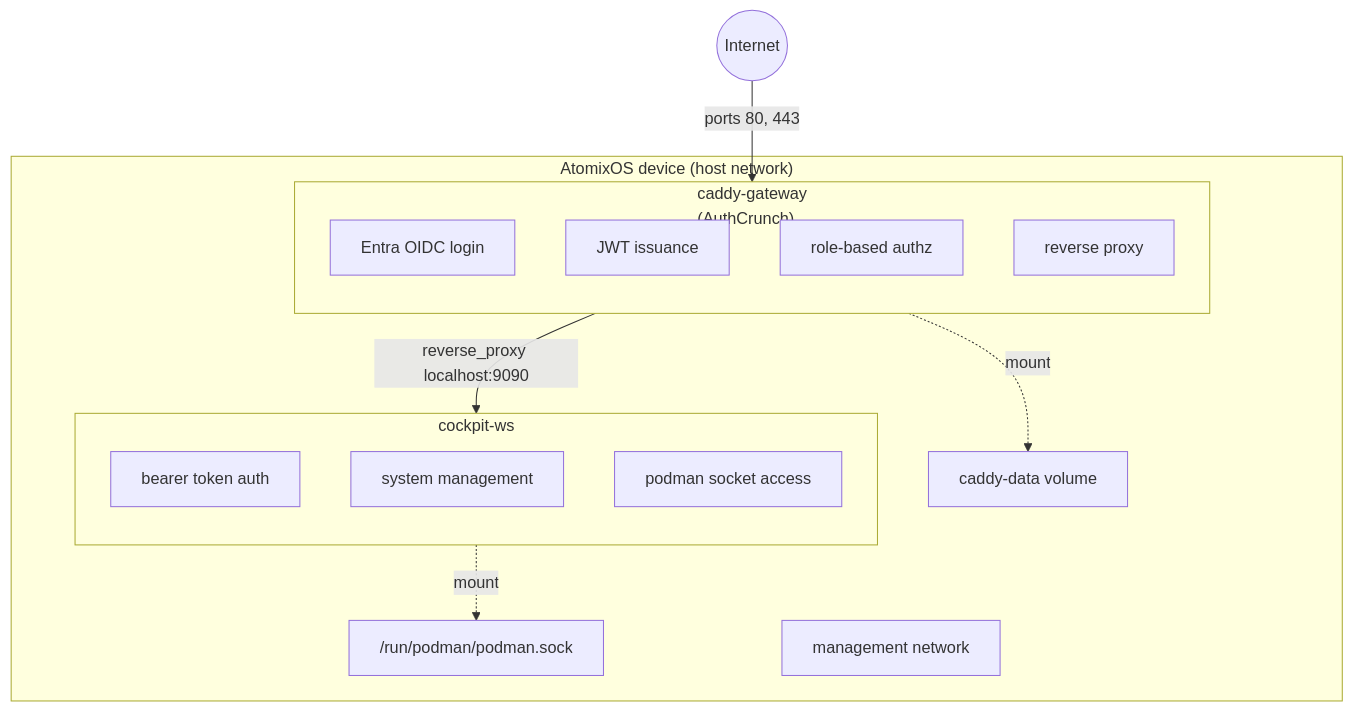
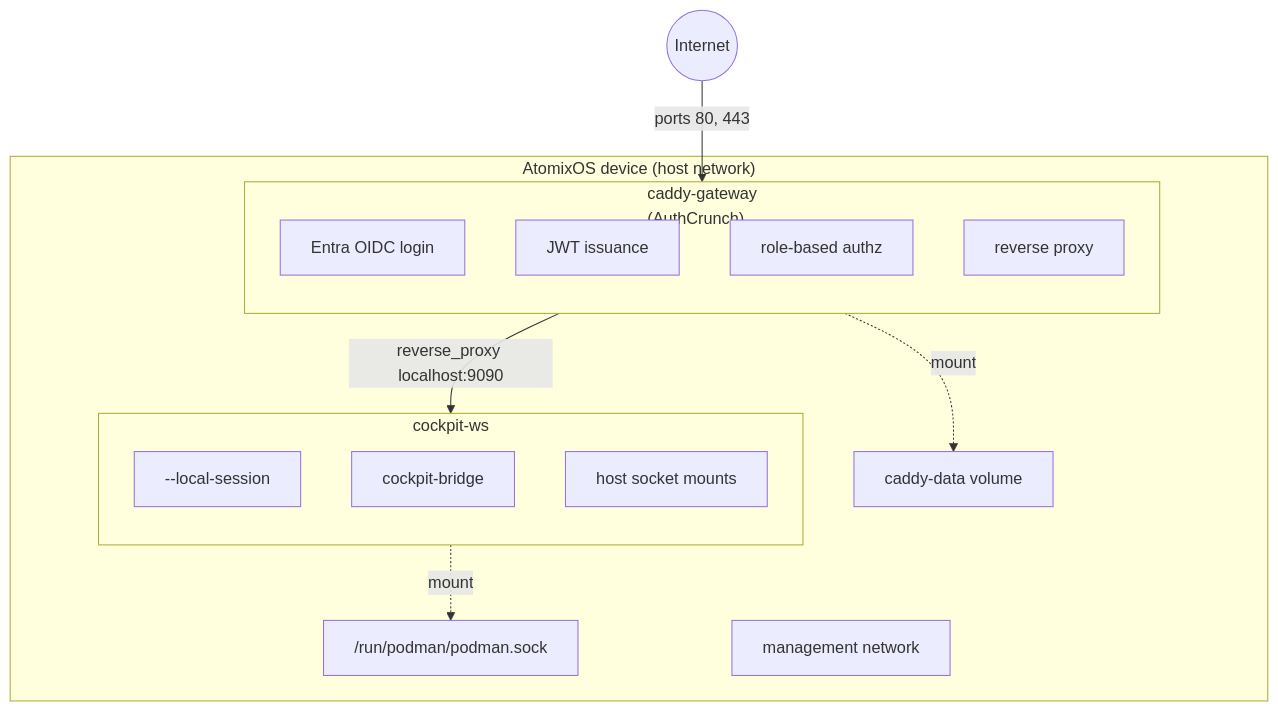
Before and after one commit to RobertDeRose/atomixos: the diagram in docs/src/features/caddy-authcrunch-cockpit-tutorial/design.md, drawn with Mermaid. The commit also changed other lines of this file and 10 other files, not shown here.

````diff
--- a/docs/src/features/caddy-authcrunch-cockpit-tutorial/design.md
+++ b/docs/src/features/caddy-authcrunch-cockpit-tutorial/design.md
@@ -21,29 +21,29 @@
 ```mermaid
 graph TD
     subgraph device["AtomixOS device (host network)"]
         subgraph caddy["caddy-gateway<br/>(AuthCrunch)"]
             direction TB
             c1["Entra OIDC login"]
             c2["JWT issuance"]
             c3["role-based authz"]
             c4["reverse proxy"]
         end
 
         subgraph cockpit["cockpit-ws"]
             direction TB
-            k1["bearer token auth"]
-            k2["system management"]
-            k3["podman socket access"]
+            k1["--local-session"]
+            k2["cockpit-bridge"]
+            k3["host socket mounts"]
         end
 
         caddy -- "reverse_proxy localhost:9090" --> cockpit
 
         socket["/run/podman/podman.sock"]
         caddydata["caddy-data volume"]
         mgmtnet["management network"]
     end
 
     internet((Internet)) -- "ports 80, 443" --> caddy
     cockpit -. "mount" .-> socket
     caddy -. "mount" .-> caddydata
 ```
````
